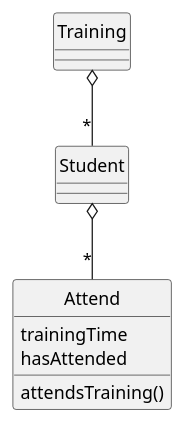
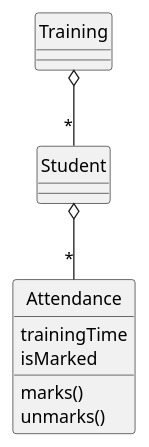
Before and after one commit to nus-cs2103-AY2021S1/tp: the diagram in docs/diagrams/TrainingStudentAttendRS.puml, drawn with PlantUML. The commit also changed 1 other file, not shown here.

Commit message:
Update TrainingStudentAttend uml

```diff
--- a/docs/diagrams/TrainingStudentAttendRS.puml
+++ b/docs/diagrams/TrainingStudentAttendRS.puml
@@ -1,19 +1,20 @@
 @startuml
 hide circle
 
 Class Training {
 }
 
 Class Student {
 }
 
-Class Attend {
+Class Attendance {
 trainingTime
-hasAttended
-attendsTraining()
+isMarked
+marks()
+unmarks()
 }
 
 Training o-- "*" Student
-Student o-- "*" Attend
+Student o-- "*" Attendance
 
 @enduml
```
